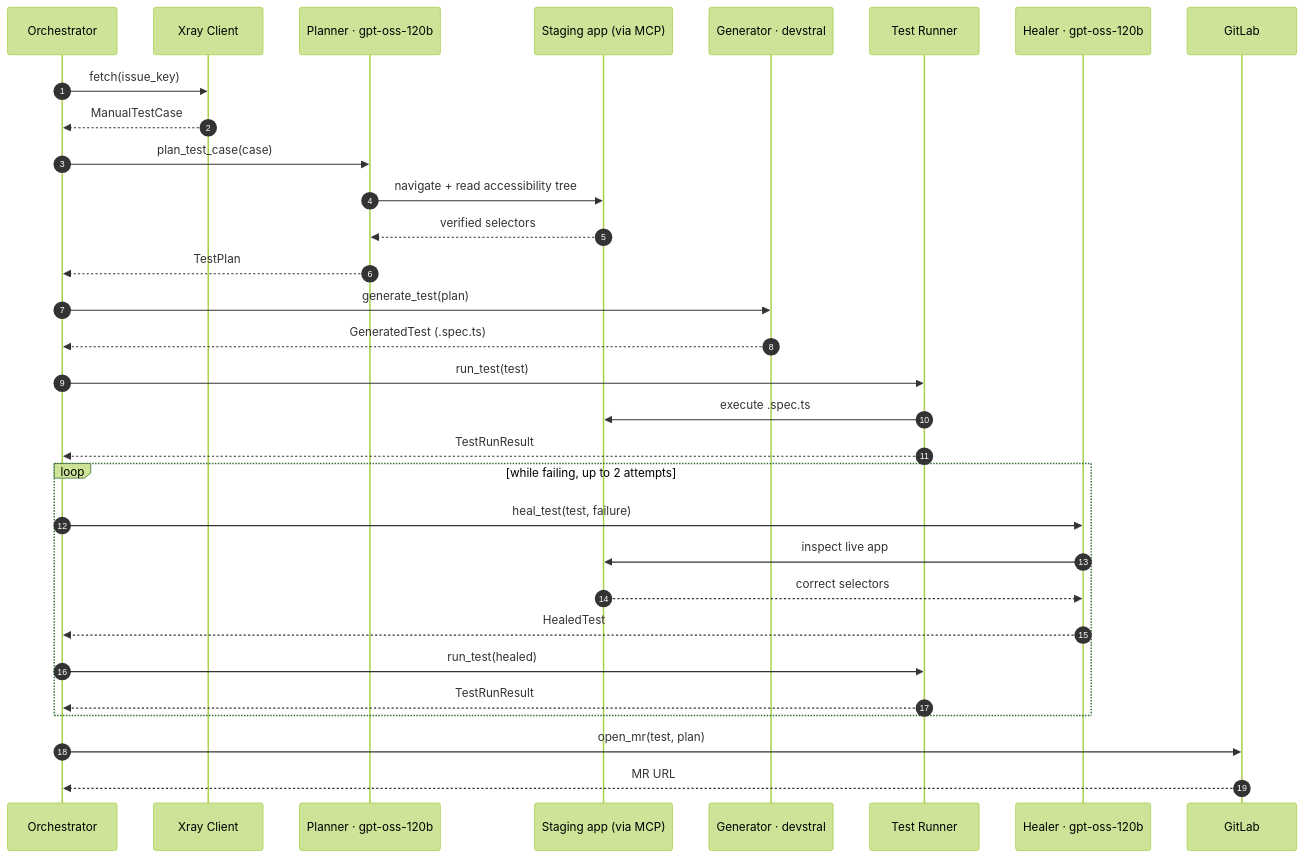
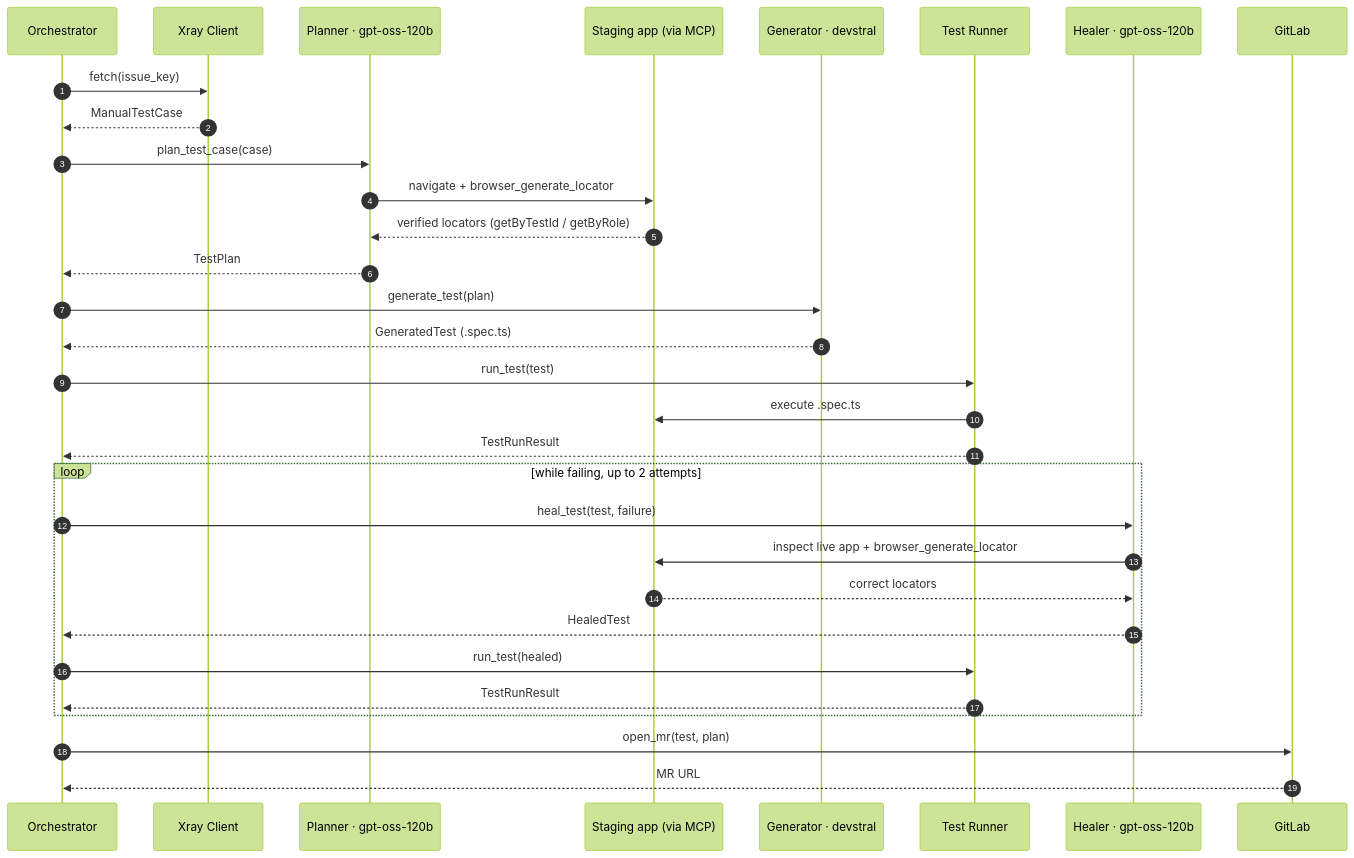
Before and after one commit to jpucic00/agentic-test-automation: the second of 3 diagrams in docs/WORKFLOW.md, drawn with Mermaid (forest theme). The commit also changed 15 other files, not shown here.

First line of the commit message:
Phase 1.C: capture selectors via browser_generate_locator — stop the Planner hallucinating IDs

````diff
--- a/docs/WORKFLOW.md
+++ b/docs/WORKFLOW.md
@@ -36,36 +36,36 @@
 ```mermaid
 sequenceDiagram
     autonumber
     participant O as Orchestrator
     participant X as Xray Client
     participant P as Planner · gpt-oss-120b
     participant B as Staging app (via MCP)
     participant G as Generator · devstral
     participant R as Test Runner
     participant H as Healer · gpt-oss-120b
     participant L as GitLab
 
     O->>X: fetch(issue_key)
     X-->>O: ManualTestCase
     O->>P: plan_test_case(case)
-    P->>B: navigate + read accessibility tree
-    B-->>P: verified selectors
+    P->>B: navigate + browser_generate_locator
+    B-->>P: verified locators (getByTestId / getByRole)
     P-->>O: TestPlan
     O->>G: generate_test(plan)
     G-->>O: GeneratedTest (.spec.ts)
     O->>R: run_test(test)
     R->>B: execute .spec.ts
     R-->>O: TestRunResult
 
     loop while failing, up to 2 attempts
         O->>H: heal_test(test, failure)
-        H->>B: inspect live app
-        B-->>H: correct selectors
+        H->>B: inspect live app + browser_generate_locator
+        B-->>H: correct locators
         H-->>O: HealedTest
         O->>R: run_test(healed)
         R-->>O: TestRunResult
     end
 
     O->>L: open_mr(test, plan)
     L-->>O: MR URL
 ```
````
